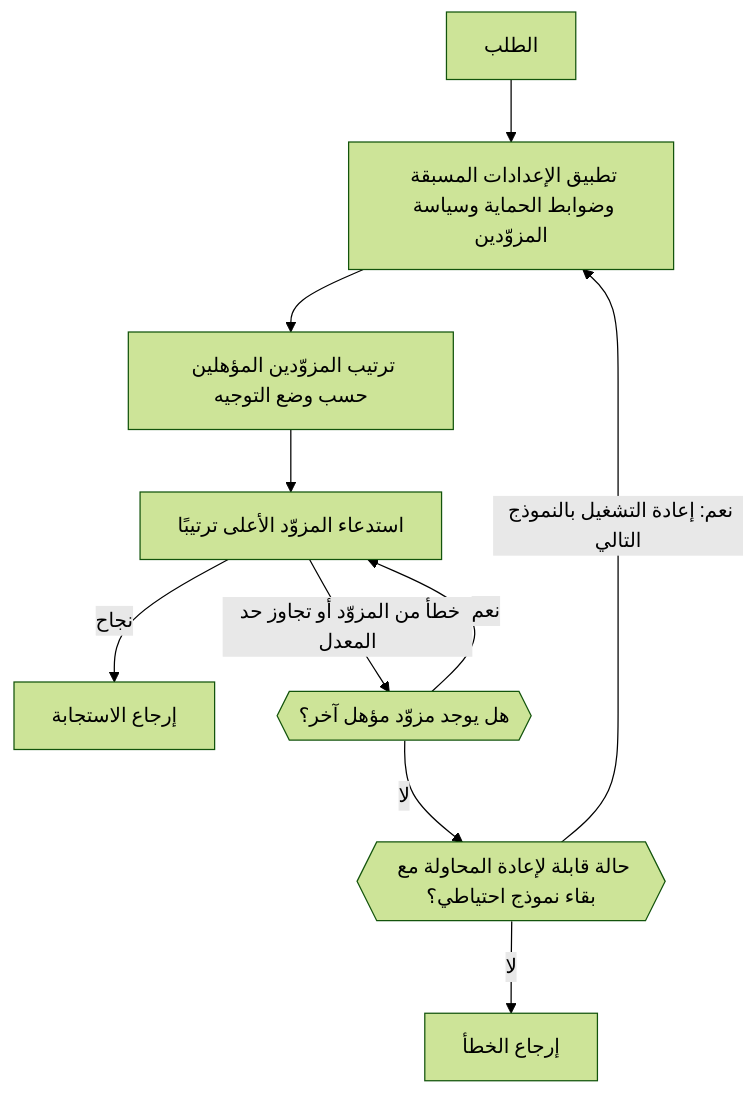
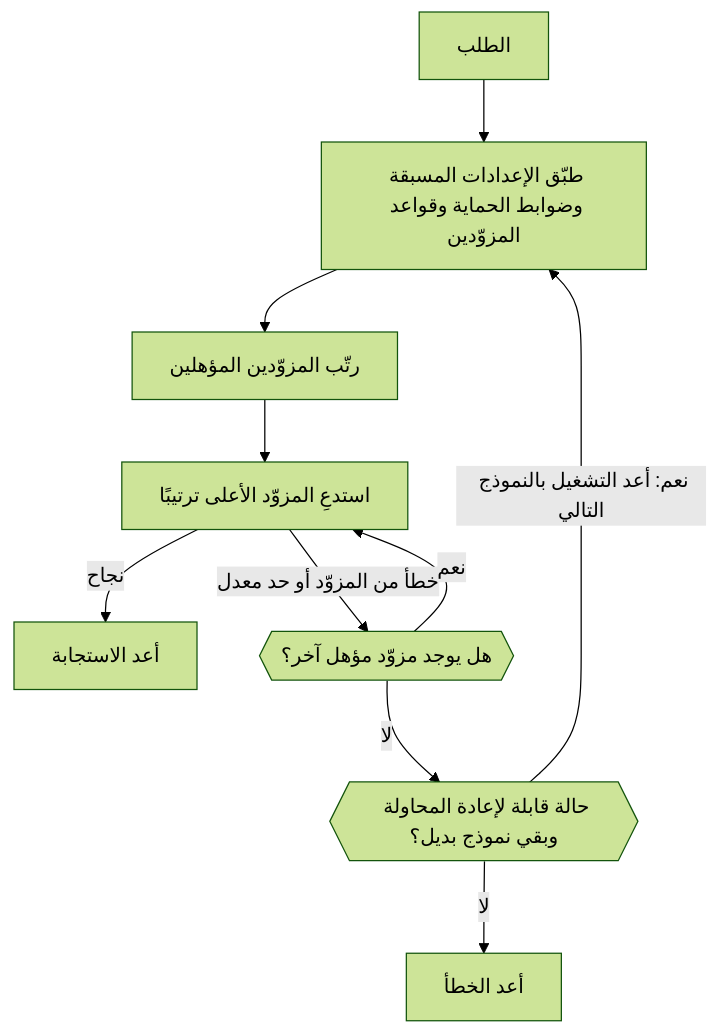
One commit to phaseoteam/Phaseo changed the diagram in apps/docs/ar/v1/guides/routing-and-fallbacks.mdx. Above: the diagram before and after it, drawn with Mermaid (forest theme). The commit also changed other lines of this file and 3793 other files, not shown here.

````diff
--- a/apps/docs/ar/v1/guides/routing-and-fallbacks.mdx
+++ b/apps/docs/ar/v1/guides/routing-and-fallbacks.mdx
@@ -236,12 +12,12 @@
 ```mermaid
 flowchart TD
-  req["الطلب"] --> pol["تطبيق الإعدادات المسبقة وضوابط الحماية وسياسة المزوّدين"]
-  pol --> rnk["ترتيب المزوّدين المؤهلين حسب وضع التوجيه"]
-  rnk --> prov["استدعاء المزوّد الأعلى ترتيبًا"]
-  prov -->|"نجاح"| resp["إرجاع الاستجابة"]
-  prov -->|"خطأ من المزوّد أو تجاوز حد المعدل"| nextProv{{"هل يوجد مزوّد مؤهل آخر؟"}}
+  req["الطلب"] --> pol["طبّق الإعدادات المسبقة وضوابط الحماية وقواعد المزوّدين"]
+  pol --> rnk["رتّب المزوّدين المؤهلين"]
+  rnk --> prov["استدعِ المزوّد الأعلى ترتيبًا"]
+  prov -->|"نجاح"| resp["أعد الاستجابة"]
+  prov -->|"خطأ من المزوّد أو حد معدل"| nextProv{{"هل يوجد مزوّد مؤهل آخر؟"}}
   nextProv -->|"نعم"| prov
-  nextProv -->|"لا"| fallbackCheck{{"حالة قابلة لإعادة المحاولة مع بقاء نموذج احتياطي؟"}}
-  fallbackCheck -->|"نعم: إعادة التشغيل بالنموذج التالي"| pol
-  fallbackCheck -->|"لا"| err["إرجاع الخطأ"]
+  nextProv -->|"لا"| fallbackCheck{{"حالة قابلة لإعادة المحاولة وبقي نموذج بديل؟"}}
+  fallbackCheck -->|"نعم: أعد التشغيل بالنموذج التالي"| pol
+  fallbackCheck -->|"لا"| err["أعد الخطأ"]
 ```
````
